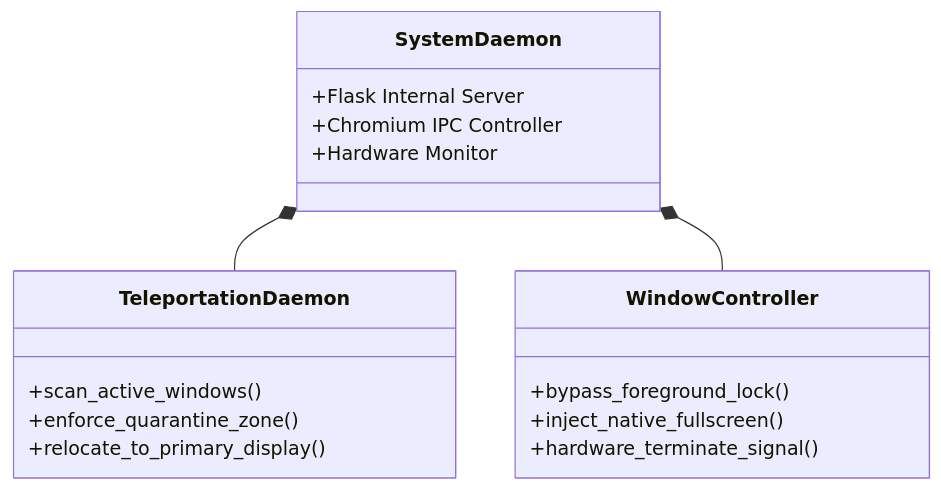
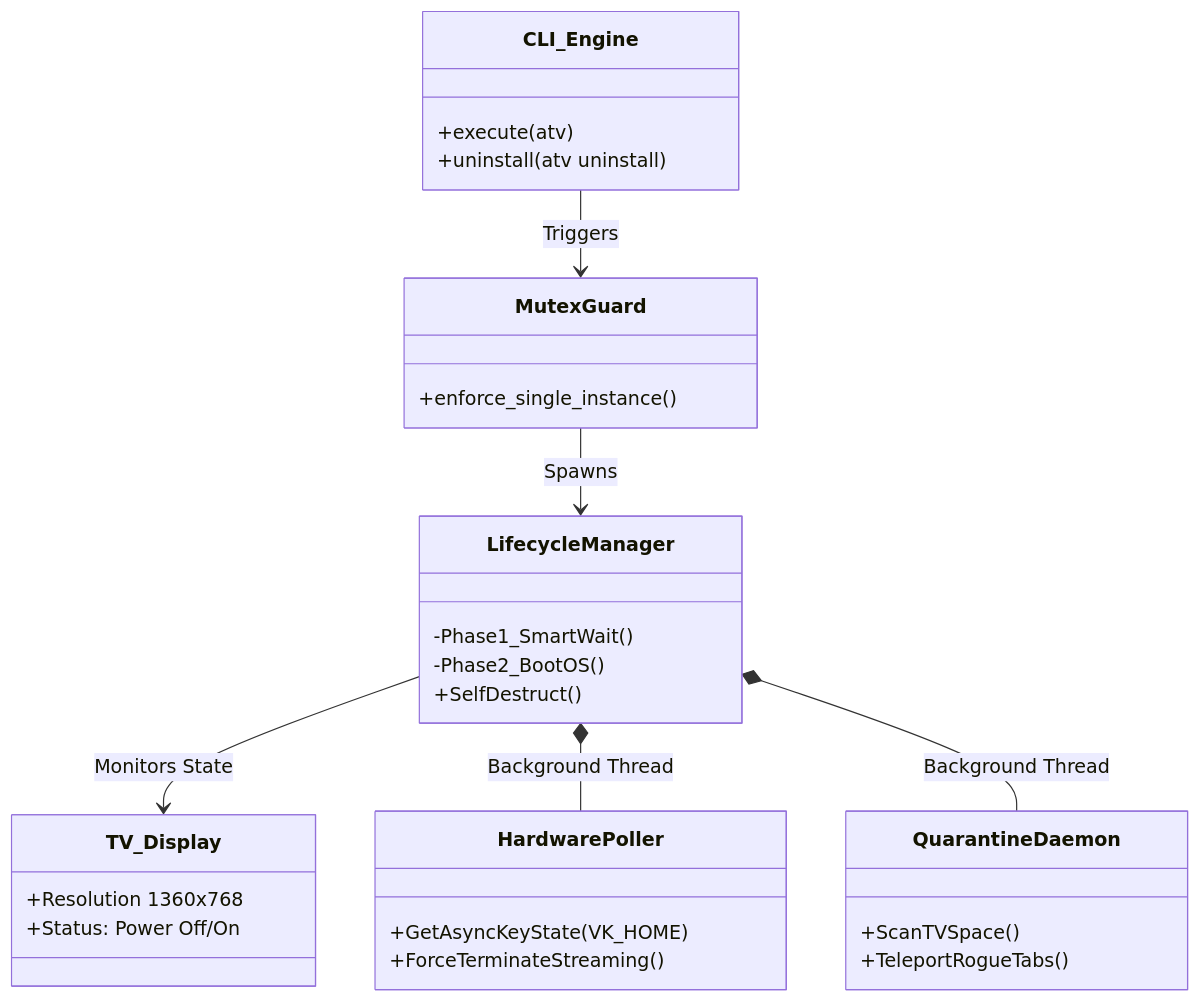
One commit to t8pr/Abo7amdanTV changed the diagram in README.md. Above: the diagram before and after it, drawn with Mermaid. The commit also changed other lines of this file, not shown here.

Commit message:
docs: completely refactor README.md for professional presentation, updated mermaid classDiagram, and streamlined CLI commands

````diff
--- a/README.md
+++ b/README.md
@@ -13,20 +43,33 @@
 ```mermaid
 classDiagram
-    class SystemDaemon {
-        +Flask Internal Server
-        +Chromium IPC Controller
-        +Hardware Monitor
+    class CLI_Engine {
+        +execute(atv)
+        +uninstall(atv uninstall)
     }
-    class TeleportationDaemon {
-        +scan_active_windows()
-        +enforce_quarantine_zone()
-        +relocate_to_primary_display()
+    class MutexGuard {
+        +enforce_single_instance()
     }
-    class WindowController {
-        +bypass_foreground_lock()
-        +inject_native_fullscreen()
-        +hardware_terminate_signal()
+    class LifecycleManager {
+        -Phase1_SmartWait()
+        -Phase2_BootOS()
+        +SelfDestruct()
     }
-    SystemDaemon *-- TeleportationDaemon
-    SystemDaemon *-- WindowController
+    class HardwarePoller {
+        +GetAsyncKeyState(VK_HOME)
+        +ForceTerminateStreaming()
+    }
+    class QuarantineDaemon {
+        +ScanTVSpace()
+        +TeleportRogueTabs()
+    }
+    class TV_Display {
+        +Resolution 1360x768
+        +Status: Power Off/On
+    }
+    
+    CLI_Engine --> MutexGuard : Triggers
+    MutexGuard --> LifecycleManager : Spawns
+    LifecycleManager --> TV_Display : Monitors State
+    LifecycleManager *-- HardwarePoller : Background Thread
+    LifecycleManager *-- QuarantineDaemon : Background Thread
 ```
````
